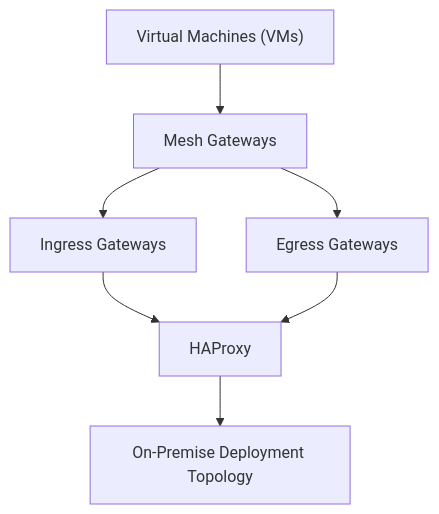
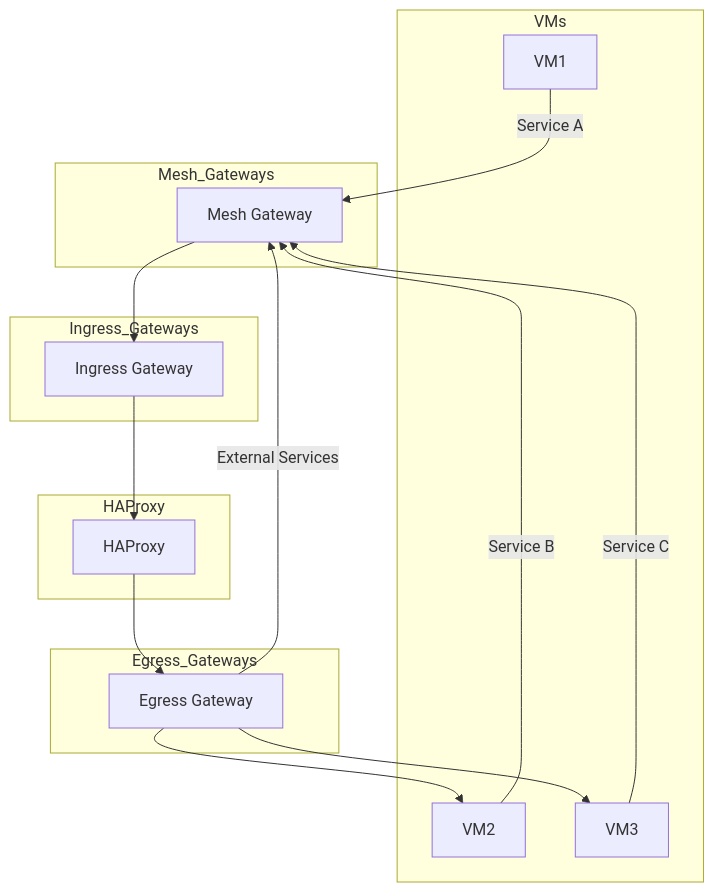
Before and after one commit to Chichocruz17/consul-enterprise-mesh: the diagram in docs/ARCHITECTURE.md, drawn with Mermaid. The commit also changed other lines of this file, not shown here.

Commit message:
Updated the ARCHITECTURE.md file with comprehensive Mermaid diagrams for the Consul Enterprise Service Mesh architecture.

````diff
--- a/docs/ARCHITECTURE.md
+++ b/docs/ARCHITECTURE.md
@@ -3,16 +1,30 @@
 ```mermaid
-graph TD;
-    A["Virtual Machines (VMs)"]
-    B["Mesh Gateways"]
-    C["Ingress Gateways"]
-    D["Egress Gateways"]
-    E["HAProxy"]
-    F["On-Premise Deployment Topology"]
+flowchart TD
+    subgraph VMs
+        VM1["VM1"]
+        VM2["VM2"]
+        VM3["VM3"]
+    end
+    subgraph Mesh_Gateways
+        MeshGateway["Mesh Gateway"]
+    end
+    subgraph Ingress_Gateways
+        IngressGateway["Ingress Gateway"]
+    end
+    subgraph Egress_Gateways
+        EgressGateway["Egress Gateway"]
+    end
+    subgraph HAProxy
+        HAProxyInstance["HAProxy"]
+    end
 
-    A --> B
-    B --> C
-    B --> D
-    C --> E
-    D --> E
-    E --> F
+    VM1 -->|"Service A"| MeshGateway
+    VM2 -->|"Service B"| MeshGateway
+    VM3 -->|"Service C"| MeshGateway
+    MeshGateway --> IngressGateway
+    IngressGateway --> HAProxyInstance
+    HAProxyInstance --> EgressGateway
+    EgressGateway --> VM2
+    EgressGateway --> VM3
+    EgressGateway -->|"External Services"| MeshGateway
 ```
````
